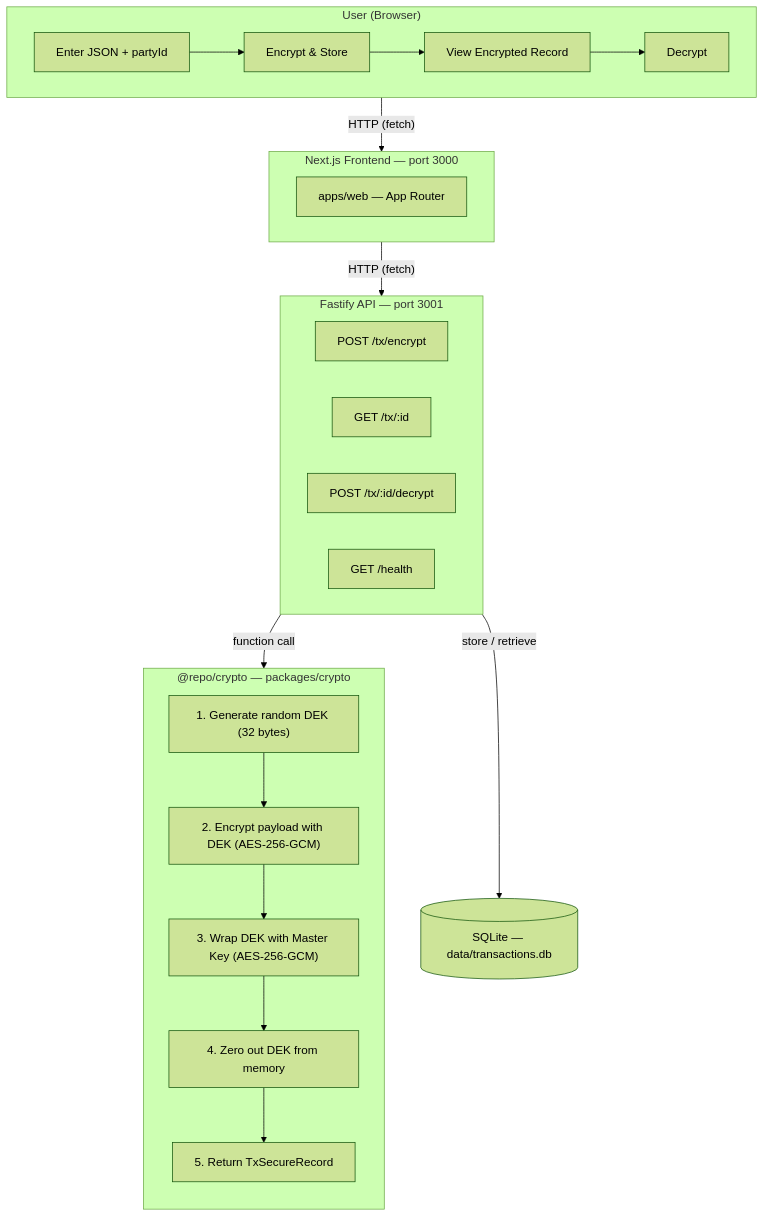
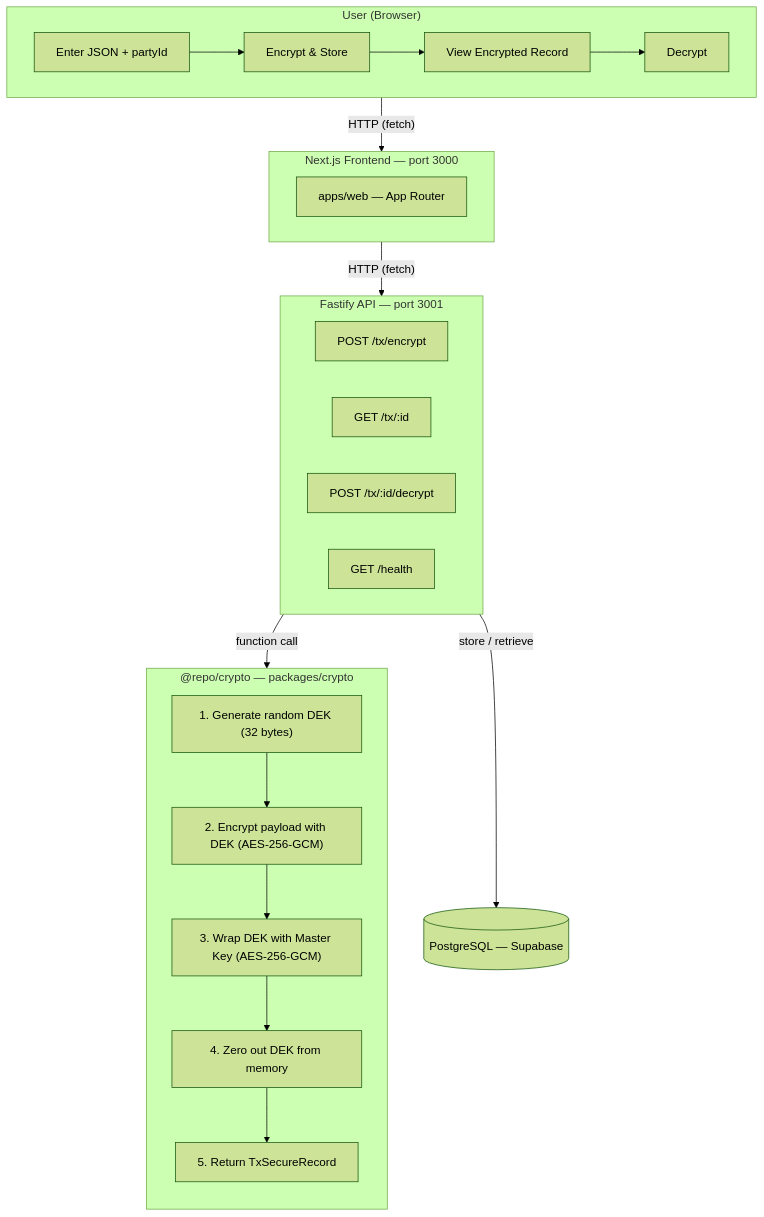
Before and after one commit to kryan19k/intern-challenge: the diagram in README.md, drawn with Mermaid (forest theme). The commit also changed other lines of this file and 7 other files, not shown here.

First line of the commit message:
feat: replace SQLite with Supabase PostgreSQL for persistent storage

````diff
--- a/README.md
+++ b/README.md
@@ -7,37 +7,37 @@
 ```mermaid
 flowchart TD
     subgraph Browser["User (Browser)"]
         A["Enter JSON + partyId"] --> B["Encrypt & Store"]
         B --> C["View Encrypted Record"]
         C --> D["Decrypt"]
     end
 
     Browser -->|"HTTP (fetch)"| Frontend
 
     subgraph Frontend["Next.js Frontend — port 3000"]
         F["apps/web — App Router"]
     end
 
     Frontend -->|"HTTP (fetch)"| API
 
     subgraph API["Fastify API — port 3001"]
         direction LR
         G["POST /tx/encrypt"]
         H["GET /tx/:id"]
         I["POST /tx/:id/decrypt"]
         J["GET /health"]
     end
 
     API -->|"function call"| Crypto
 
     subgraph Crypto["@repo/crypto — packages/crypto"]
         direction TB
         K["1. Generate random DEK (32 bytes)"]
         K --> L["2. Encrypt payload with DEK (AES-256-GCM)"]
         L --> M["3. Wrap DEK with Master Key (AES-256-GCM)"]
         M --> N["4. Zero out DEK from memory"]
         N --> O["5. Return TxSecureRecord"]
     end
 
-    API -->|"store / retrieve"| DB[("SQLite — data/transactions.db")]
+    API -->|"store / retrieve"| DB[("PostgreSQL — Supabase")]
 ```
````
